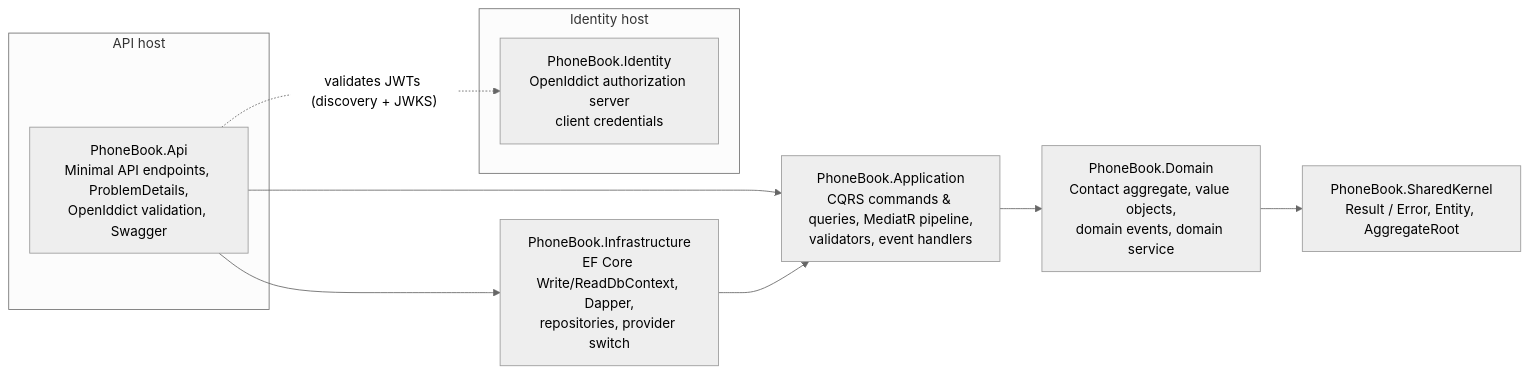
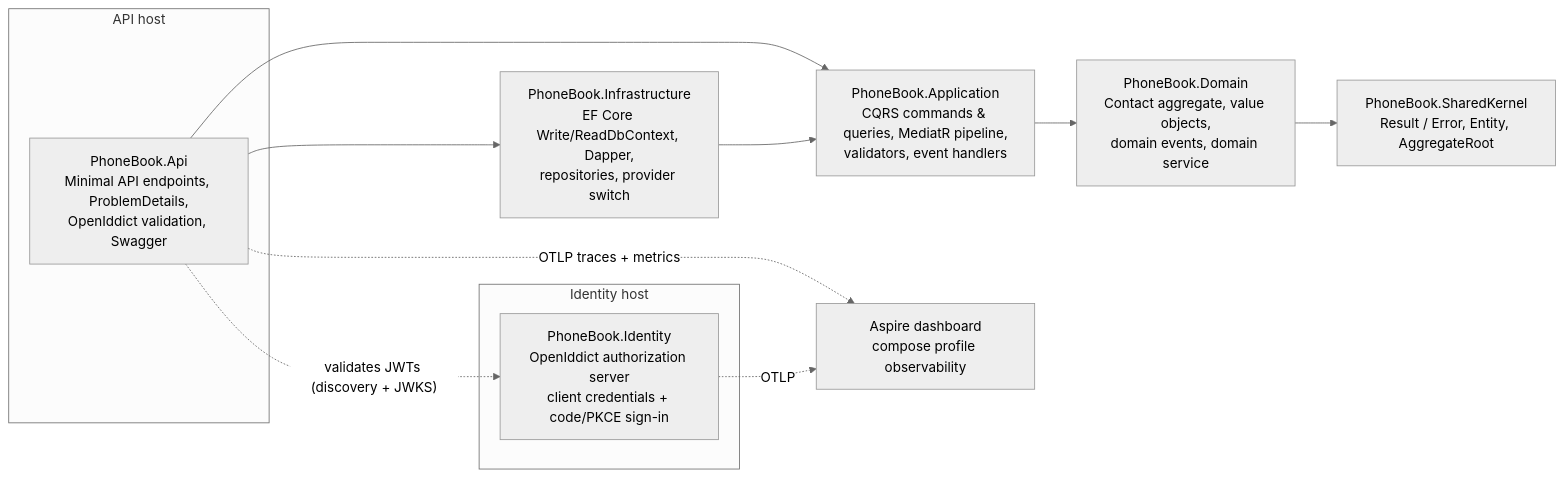
The first of 2 diagrams in README.md (PooriaGh/PhoneBook), drawn with Mermaid (neutral theme) before and after one commit. The commit also changed other lines of this file and 6 other files, not shown here.

````diff
--- a/README.md
+++ b/README.md
@@ -69,19 +75,21 @@
 ```mermaid
 flowchart LR
     subgraph API host
         Api[PhoneBook.Api<br/>Minimal API endpoints, ProblemDetails,<br/>OpenIddict validation, Swagger]
     end
     Infra[PhoneBook.Infrastructure<br/>EF Core Write/ReadDbContext, Dapper,<br/>repositories, provider switch]
     App[PhoneBook.Application<br/>CQRS commands & queries, MediatR pipeline,<br/>validators, event handlers]
     Dom[PhoneBook.Domain<br/>Contact aggregate, value objects,<br/>domain events, domain service]
     SK[PhoneBook.SharedKernel<br/>Result / Error, Entity, AggregateRoot]
     Api --> App
     Api --> Infra
     Infra --> App
     App --> Dom
     Dom --> SK
     subgraph Identity host
-        Id[PhoneBook.Identity<br/>OpenIddict authorization server<br/>client credentials]
+        Id[PhoneBook.Identity<br/>OpenIddict authorization server<br/>client credentials + code/PKCE sign-in]
     end
     Api -. "validates JWTs (discovery + JWKS)" .-> Id
+    Api -. "OTLP traces + metrics" .-> Dash[Aspire dashboard<br/>compose profile observability]
+    Id -. "OTLP" .-> Dash
 ```
````
